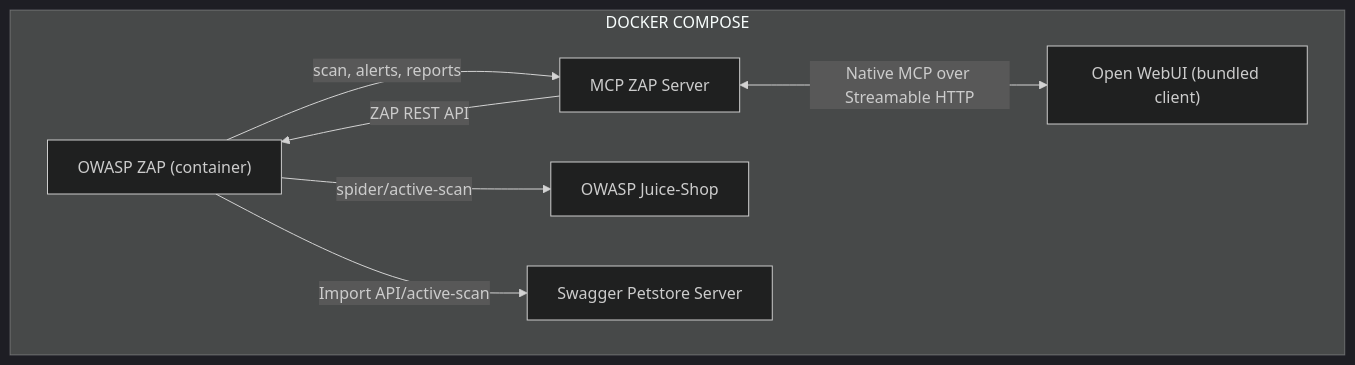
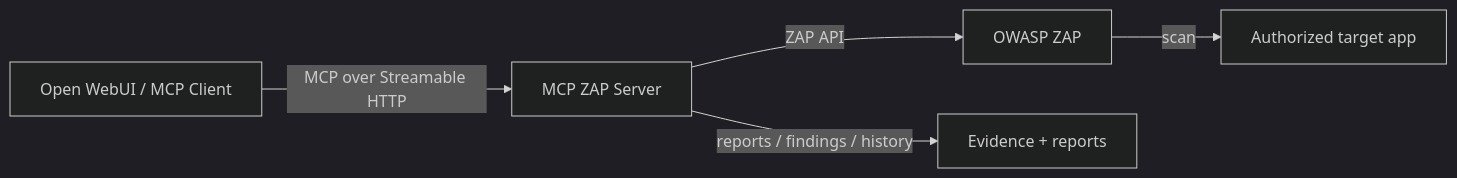
The diagram in README.md (dtkmn/mcp-zap-server), drawn with Mermaid (dark theme) before and after one commit. The commit also changed other lines of this file and 9 other files, not shown here.

````diff
--- a/README.md
+++ b/README.md
@@ -117,18 +110,7 @@
 ```mermaid
 flowchart LR
-  subgraph "DOCKER COMPOSE"
-    direction LR
-    ZAP["OWASP ZAP (container)"]
-    MCPZAP["MCP ZAP Server"]
-    Client["Open WebUI (bundled client)"]
-    Juice["OWASP Juice-Shop"]
-    Petstore["Swagger Petstore Server"]
-  end
-
-  MCPZAP <-->|Native MCP over Streamable HTTP| Client
-  MCPZAP -->|ZAP REST API| ZAP
-  ZAP -->|scan, alerts, reports| MCPZAP
-
-  ZAP -->|spider/active-scan| Juice
-  ZAP -->|Import API/active-scan| Petstore
+  Client["Open WebUI / MCP Client"] -->|"MCP over Streamable HTTP"| MCP["MCP ZAP Server"]
+  MCP -->|"ZAP API"| ZAP["OWASP ZAP"]
+  ZAP -->|"scan"| Target["Authorized target app"]
+  MCP -->|"reports / findings / history"| Evidence["Evidence + reports"]
 ```
````
